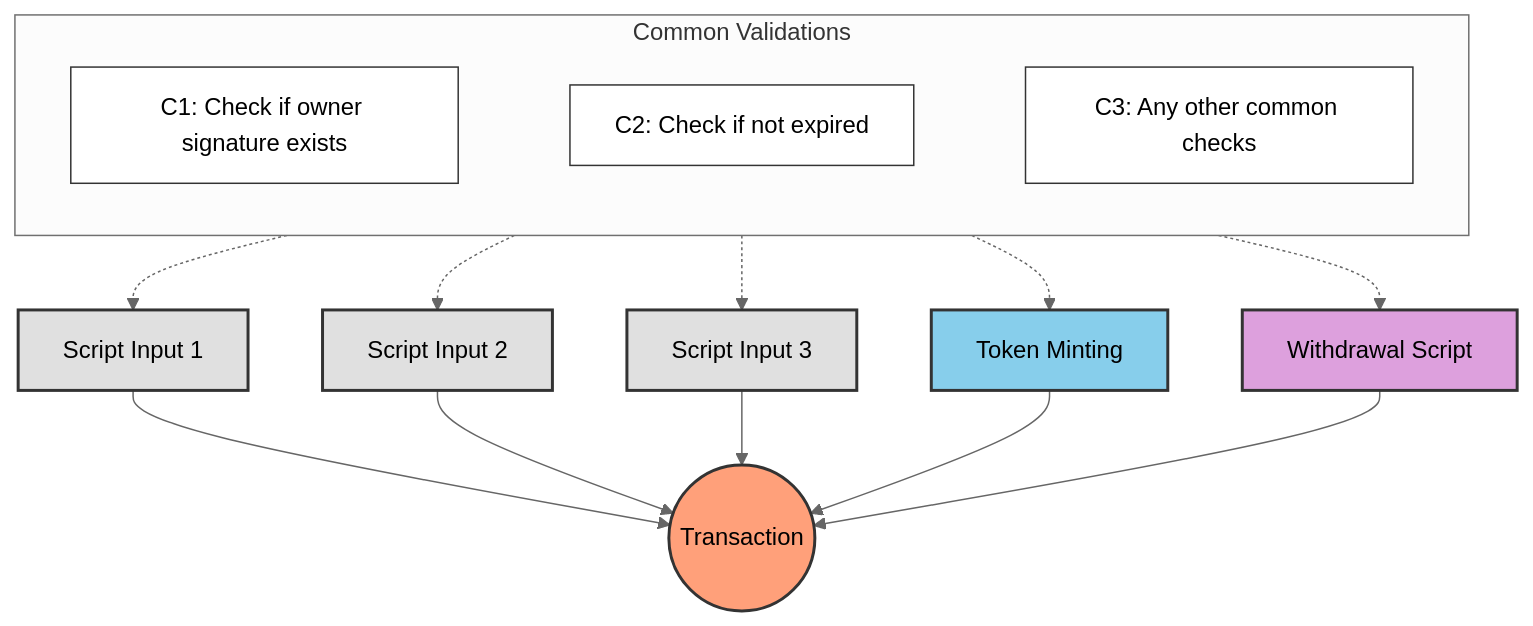
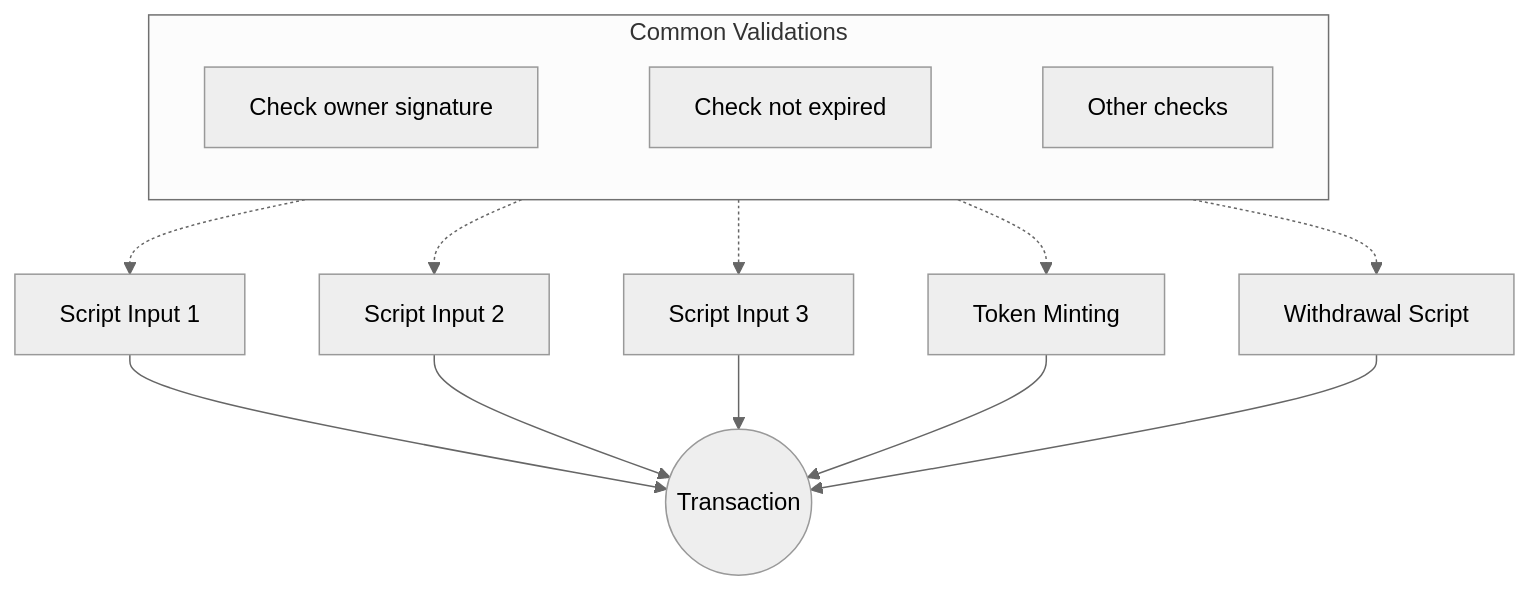
Before and after one commit to MeshJS/meshjs.dev: the first of 2 diagrams in content/docs/resources/cardano-course/05-avoid-redundant-validation.mdx, drawn with Mermaid (neutral theme). The commit also changed other lines of this file and 122 other files, not shown here.

````diff
--- a/content/docs/resources/cardano-course/05-avoid-redundant-validation.mdx
+++ b/content/docs/resources/cardano-course/05-avoid-redundant-validation.mdx
@@ -13,47 +64,22 @@
 ```mermaid
 graph TB
-    %% Layout subgraph for labels at top with horizontal alignment
     subgraph Checks[" Common Validations "]
         direction LR
-        C1["C1: Check if owner signature exists"] ~~~ C2["C2: Check if not expired"] ~~~ C3["C3: Any other common checks"]
+        C1["Check owner signature"] ~~~ C2["Check not expired"] ~~~ C3["Other checks"]
     end
-    
-    %% Remove the connecting lines between checks
-    linkStyle 0 stroke-width:0px
-    linkStyle 1 stroke-width:0px
-    
-    %% Connect checks to components with dotted lines
+
     Checks -.-> A1
     Checks -.-> A2
     Checks -.-> A3
     Checks -.-> M
     Checks -.-> W
 
-    %% Inputs on left
     A1[Script Input 1] --> TX
     A2[Script Input 2] --> TX
     A3[Script Input 3] --> TX
-    
-    %% Center transaction
+
     TX((Transaction))
-    
-    %% Mint on top
+
     M[Token Minting] --> TX
-    
-    %% Withdraw at bottom
     W[Withdrawal Script] --> TX
-    
-    %% Clear styling with bright colors and black text
-    style TX fill:#FFA07A,stroke:#333,stroke-width:2px,color:#000
-    style M fill:#87CEEB,stroke:#333,stroke-width:2px,color:#000
-    style W fill:#DDA0DD,stroke:#333,stroke-width:2px,color:#000
-    style A1 fill:#E0E0E0,stroke:#333,stroke-width:2px,color:#000
-    style A2 fill:#E0E0E0,stroke:#333,stroke-width:2px,color:#000
-    style A3 fill:#E0E0E0,stroke:#333,stroke-width:2px,color:#000
-    style C1 fill:#FFFFFF,stroke:#333,stroke-width:1px,color:#000
-    style C2 fill:#FFFFFF,stroke:#333,stroke-width:1px,color:#000
-    style C3 fill:#FFFFFF,stroke:#333,stroke-width:1px,color:#000
-    
-    %% Positioning
-    classDef default text-align:center
 ```
````
